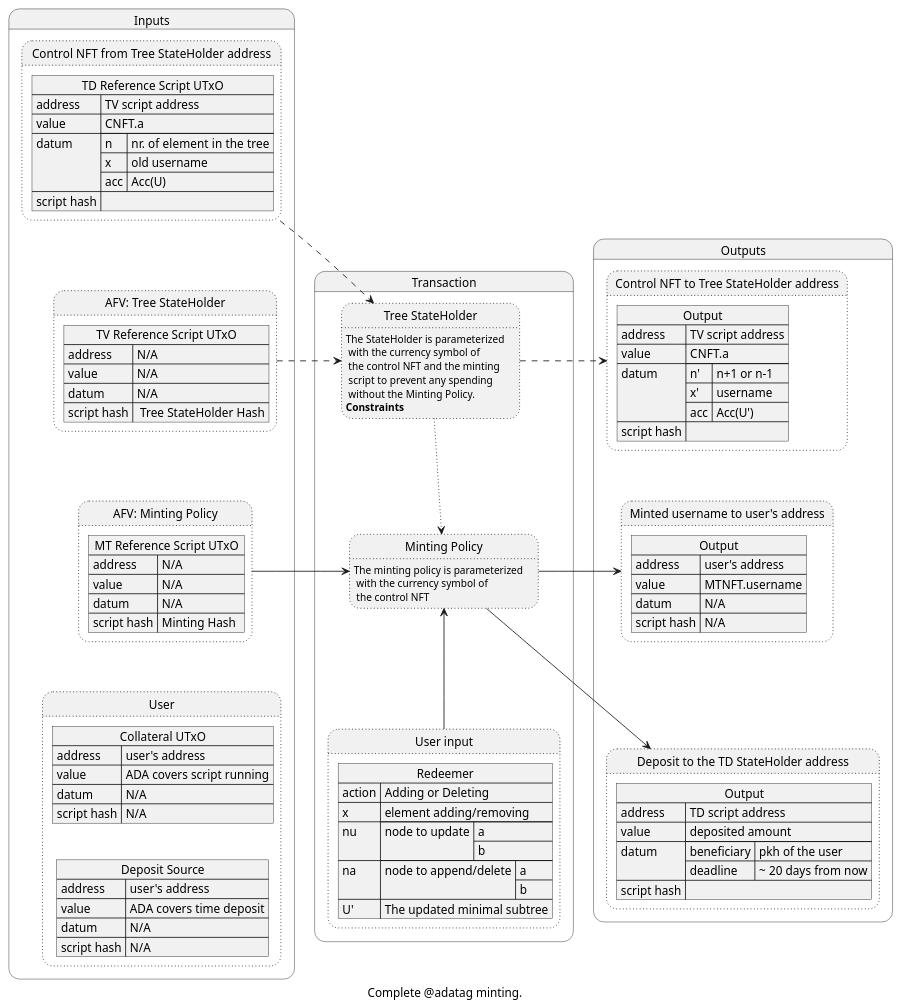
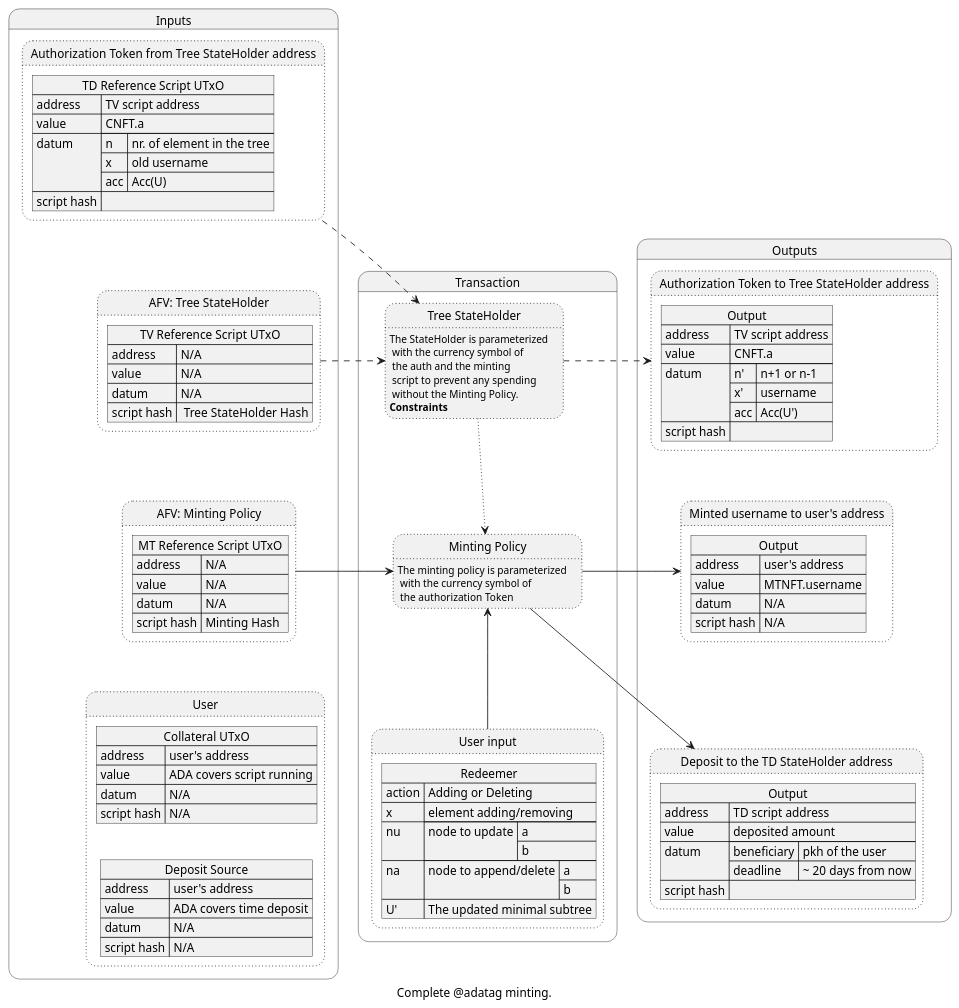
One commit to ilap/adatag changed the diagram in doc/diagrams/complex_minting.plantuml. Above: the diagram before and after it, drawn with PlantUML. The commit also changed 24 other files, not shown here.

```diff
--- a/doc/diagrams/complex_minting.plantuml
+++ b/doc/diagrams/complex_minting.plantuml
@@ -1,126 +1,126 @@
 @startuml "@datag minting"
 
 caption "Complete @adatag minting."
 state "Inputs" as stateI {
     state IU as "User" #line.dotted {
         json "Collateral UTxO" as JU1 {
         "address": "user's address",
         "value":"ADA covers script running",
         "datum": "N/A",
         "script hash": "N/A"
         }
         json "Deposit Source" as JU2 {
         "address": "user's address",
         "value":"ADA covers time deposit",
         "datum": "N/A",
         "script hash": "N/A"
         }
     }
-    state ITV2 as  "Control NFT from Tree StateHolder address" #line.dotted {
+    state ITV2 as  "Authorization Token from Tree StateHolder address" #line.dotted {
         json "TD Reference Script UTxO" as JTV2 {
         "address": "TV script address",
         "value":"CNFT.a",
         "datum": {"n":"nr. of element in the tree","x": "old username","acc":"Acc(U)"},
         "script hash": ""
         }
     }    
     state IMP as "AFV: Minting Policy" #line.dotted {
         json "MT Reference Script UTxO" as JMT1 {
         "address": "N/A",
         "value":"N/A",
         "datum": "N/A",
         "script hash": "Minting Hash"
         }
     } 
     state ITV as "AFV: Tree StateHolder" #line.dotted {
         json "TV Reference Script UTxO" as JTV1 {
         "address": "N/A",
         "value":"N/A",
         "datum": "N/A",
         "script hash": " Tree StateHolder Hash"
         }
     }
 }
 
 state "Transaction" as stateT {
 
     state TXTV as "Tree StateHolder" #line.dotted {
     }
     state TXMP as "Minting Policy" #line.dotted {
     }
     state TXR as "User input" #line.dotted {
        json "Redeemer" as UR {
            "action": "Adding or Deleting",
            "x": "element adding/removing",
            "nu":{"node to update": ["a","b"]},
            "na": {"node to append/delete": ["a","b"]},
            "U'": "The updated minimal subtree"
        }
     }
 }
 
 state "Outputs" as stateO {
     state OU as "Minted username to user's address" #line.dotted {    
         json "Output" as U2 {
         "address": "user's address",
         "value":"MTNFT.username",
         "datum": "N/A",
         "script hash": "N/A"
         }
     }
-    state OTV as "Control NFT to Tree StateHolder address" #line.dotted{
+    state OTV as "Authorization Token to Tree StateHolder address" #line.dotted{
         json "Output" as TV2 {
         "address": "TV script address",
         "value":"CNFT.a",
         "datum": {"n'":"n+1 or n-1","x'": "username","acc":"Acc(U')"},
         "script hash": ""
         }
     }
     state OTD as "Deposit to the TD StateHolder address" #line.dotted{
         json "Output" as TD2 {
         "address": "TD script address",
         "value":"deposited amount",
         "datum": {"beneficiary": "pkh of the user","deadline":"~ 20 days from now"},
         "script hash": ""
         }
     }
    
 
    ' Inputs
    '##################################################
    JU1 -down[hidden]-> JU2
 
    IMP -up[hidden]-> ITV
    IMP -down[hidden]-> IU
 
    ITV -up[hidden]-> ITV2
 
    ITV2 -right[dashed]-> TXTV
    ITV  -right[dashed]-> TXTV
    IMP -right-> TXMP
 
    TXMP -right-> OU
    TXMP -right-> OTD
    
    ' Transactions
    '##################################################
-   TXTV: The StateHolder is parameterized \n with the currency symbol of \n the control NFT and the minting \n script to prevent any spending \n without the Minting Policy.
+   TXTV: The StateHolder is parameterized \n with the currency symbol of \n the auth and the minting \n script to prevent any spending \n without the Minting Policy.
    TXTV: <b>Constraints</b>
   
    TXTV -down[dotted]-> TXMP
 
-   TXMP: The minting policy is parameterized \n with the currency symbol of \n the control NFT
+   TXMP: The minting policy is parameterized \n with the currency symbol of \n the authorization Token
  
 
    TXTV -right[dashed]--> OTV
  
    'TXMP -down[hidden]-> TXR
    TXR -up-> TXMP
     
    ' Outputs
    '##################################################
    OU -up[hidden]-> OTV
    OU -down[hidden]-> OTD
    
 }
 @enduml
```
